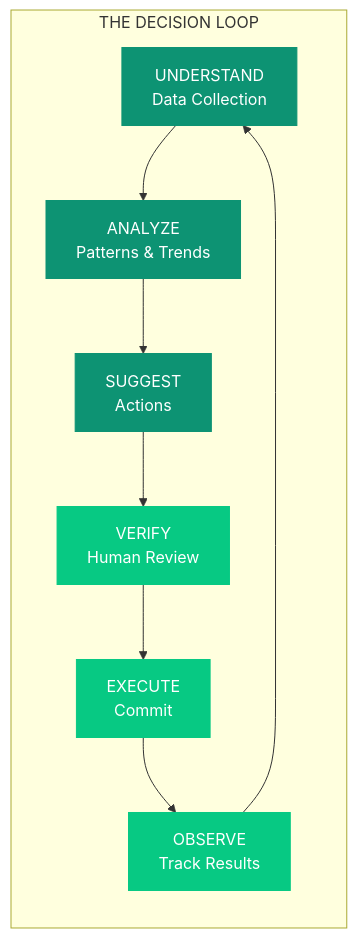
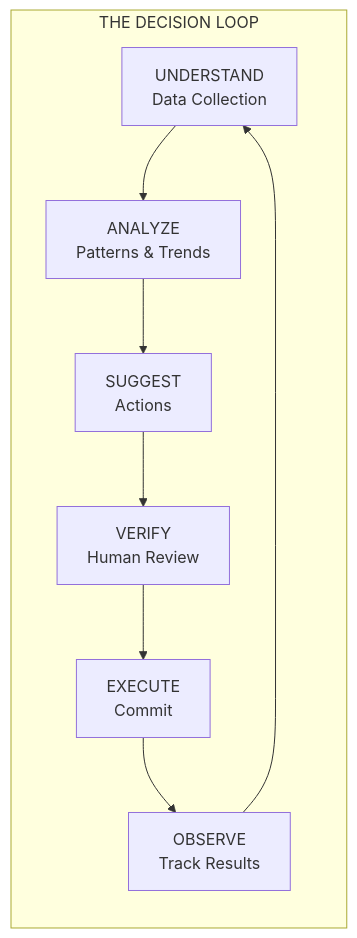
The first of 2 diagrams in introduction/overview.mdx (ashishsuperatom/tech-docs), drawn with Mermaid before and after one commit. The commit also changed other lines of this file and 37 other files, not shown here.

First line of the commit message:
Clean up docs: remove em-dashes, fix mermaid diagrams, remove emojis

````diff
--- a/introduction/overview.mdx
+++ b/introduction/overview.mdx
@@ -27,19 +27,13 @@
 ```mermaid
 flowchart TB
     subgraph LOOP["THE DECISION LOOP"]
         direction TB
         A["UNDERSTAND<br>Data Collection"] --> B["ANALYZE<br>Patterns & Trends"]
         B --> C["SUGGEST<br>Actions"]
         C --> D["VERIFY<br>Human Review"]
         D --> E["EXECUTE<br>Commit"]
         E --> F["OBSERVE<br>Track Results"]
         F --> A
     end
 
-    style A fill:#0D9373,color:#fff,stroke:#0D9373
-    style B fill:#0D9373,color:#fff,stroke:#0D9373
-    style C fill:#0D9373,color:#fff,stroke:#0D9373
-    style D fill:#07C983,color:#fff,stroke:#07C983
-    style E fill:#07C983,color:#fff,stroke:#07C983
-    style F fill:#07C983,color:#fff,stroke:#07C983
 ```
````
